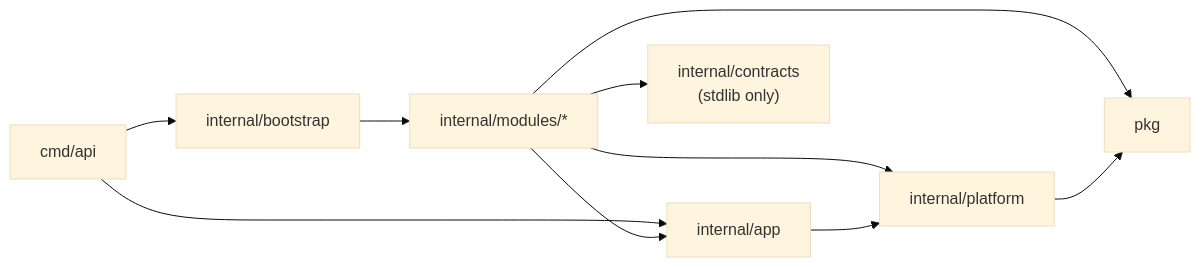
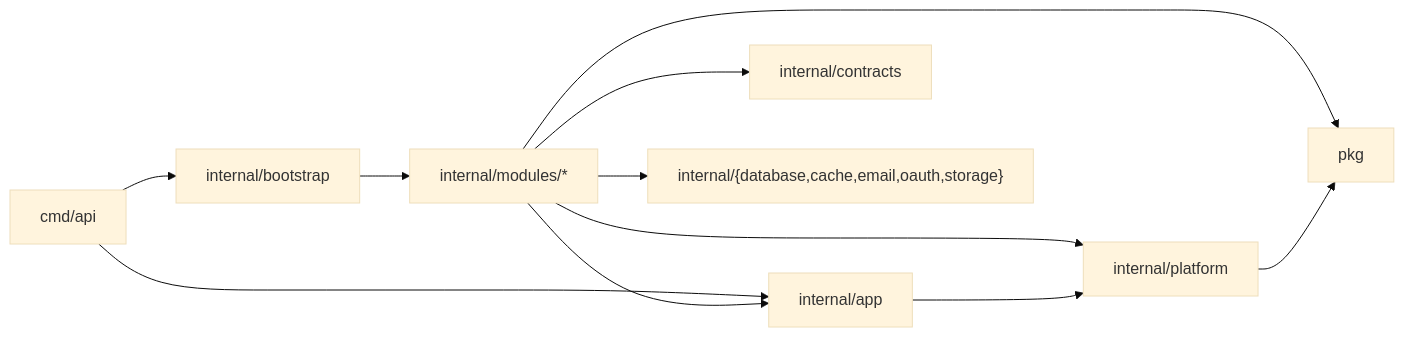
One commit to chuanghiduoc/fiber-golang-boilerplate changed the diagram in CLAUDE.md. Above: the diagram before and after it, drawn with Mermaid (base theme). The commit also changed other lines of this file and 911 other files, not shown here.

````diff
--- a/CLAUDE.md
+++ b/CLAUDE.md
@@ -55,12 +55,13 @@
 ```mermaid
 flowchart LR
     cmd["cmd/api"] --> boot["internal/bootstrap"]
     boot --> mods["internal/modules/*"]
     cmd --> app["internal/app"]
     mods --> app
-    mods --> contracts["internal/contracts<br/>(stdlib only)"]
+    mods --> contracts["internal/contracts"]
     mods --> plat["internal/platform"]
+    mods --> infra["internal/{database,cache,email,oauth,storage}"]
     mods --> pkg["pkg"]
     app --> plat
     plat --> pkg
 ```
````
